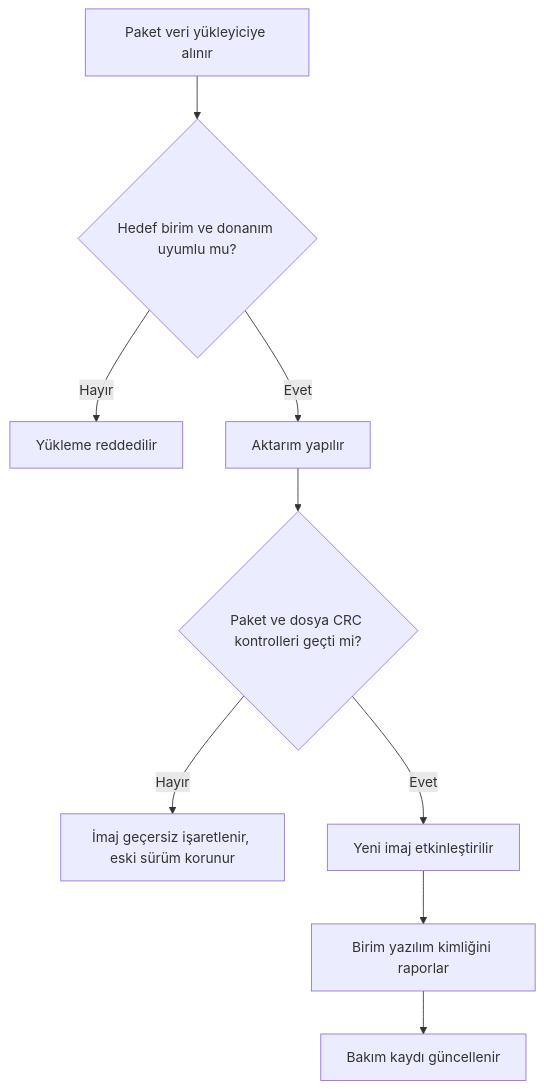
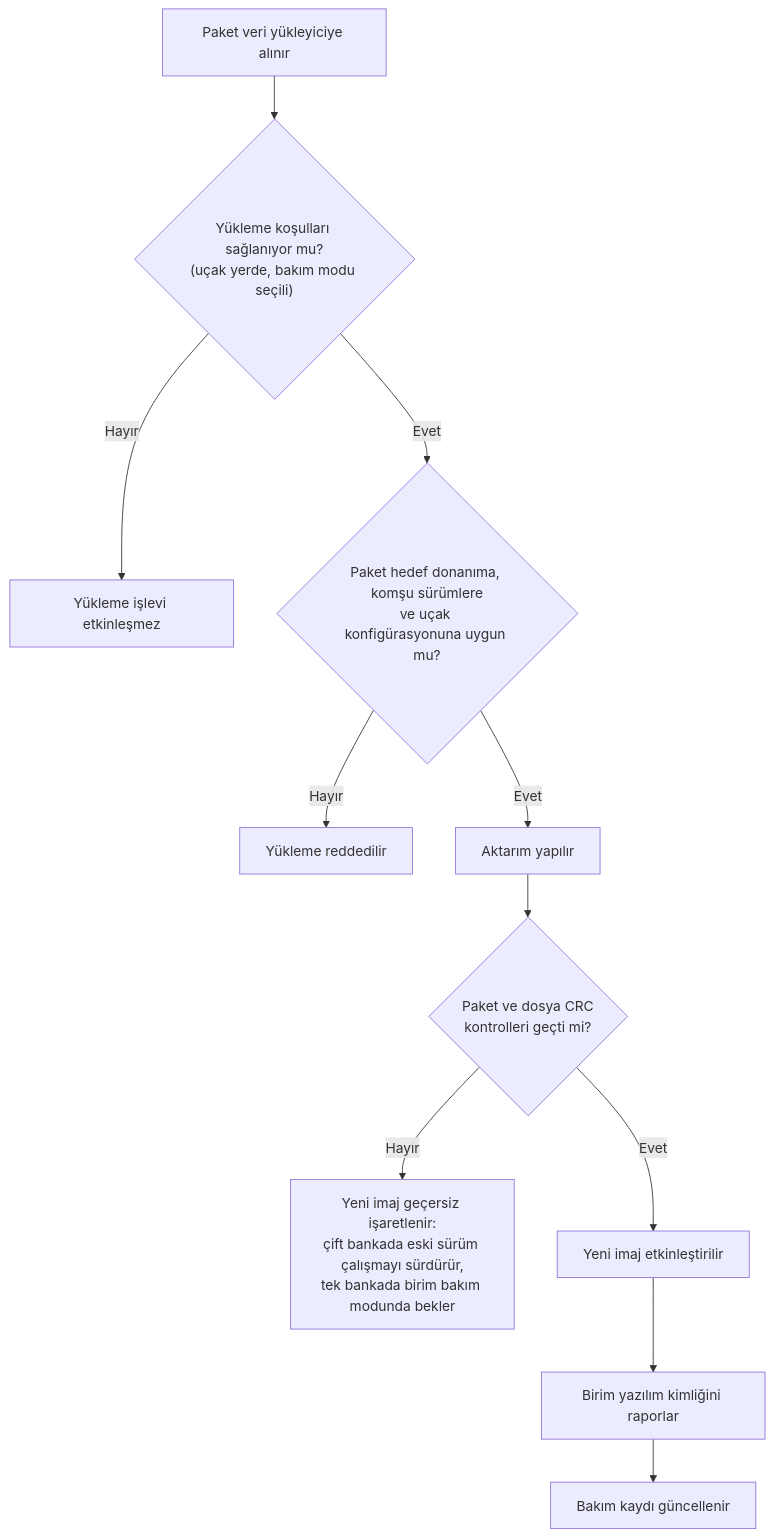
One commit to Mavrikant/aviyonikyazilim changed the diagram in kitap/05-ozel-konular/18-sahada-yuklenebilir-yazilim.md. Above: the diagram before and after it, drawn with Mermaid. The commit also changed other lines of this file and 35 other files, not shown here.

````diff
--- a/kitap/05-ozel-konular/18-sahada-yuklenebilir-yazilim.md
+++ b/kitap/05-ozel-konular/18-sahada-yuklenebilir-yazilim.md
@@ -305,11 +312,13 @@
 ```mermaid
 flowchart TD
-    A[Paket veri yükleyiciye alınır] --> B{Hedef birim ve donanım uyumlu mu?}
+    A[Paket veri yükleyiciye alınır] --> K{"Yükleme koşulları sağlanıyor mu?<br/>(uçak yerde, bakım modu seçili)"}
+    K -- Hayır --> N[Yükleme işlevi etkinleşmez]
+    K -- Evet --> B{"Paket hedef donanıma, komşu sürümlere<br/>ve uçak konfigürasyonuna uygun mu?"}
     B -- Hayır --> R[Yükleme reddedilir]
     B -- Evet --> C[Aktarım yapılır]
-    C --> D{Paket ve dosya CRC kontrolleri geçti mi?}
-    D -- Hayır --> E[İmaj geçersiz işaretlenir, eski sürüm korunur]
+    C --> D{"Paket ve dosya CRC<br/>kontrolleri geçti mi?"}
+    D -- Hayır --> E["Yeni imaj geçersiz işaretlenir:<br/>çift bankada eski sürüm çalışmayı sürdürür,<br/>tek bankada birim bakım modunda bekler"]
     D -- Evet --> F[Yeni imaj etkinleştirilir]
     F --> G[Birim yazılım kimliğini raporlar]
     G --> H[Bakım kaydı güncellenir]
 ```
````
